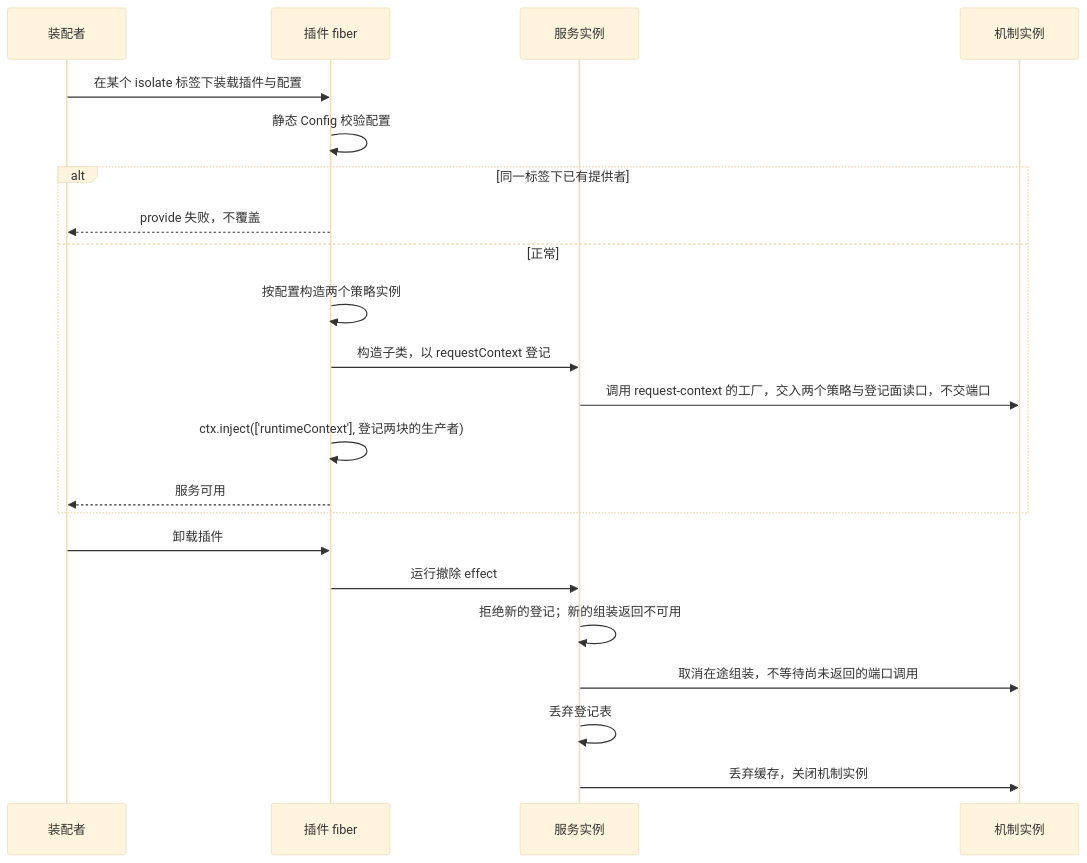
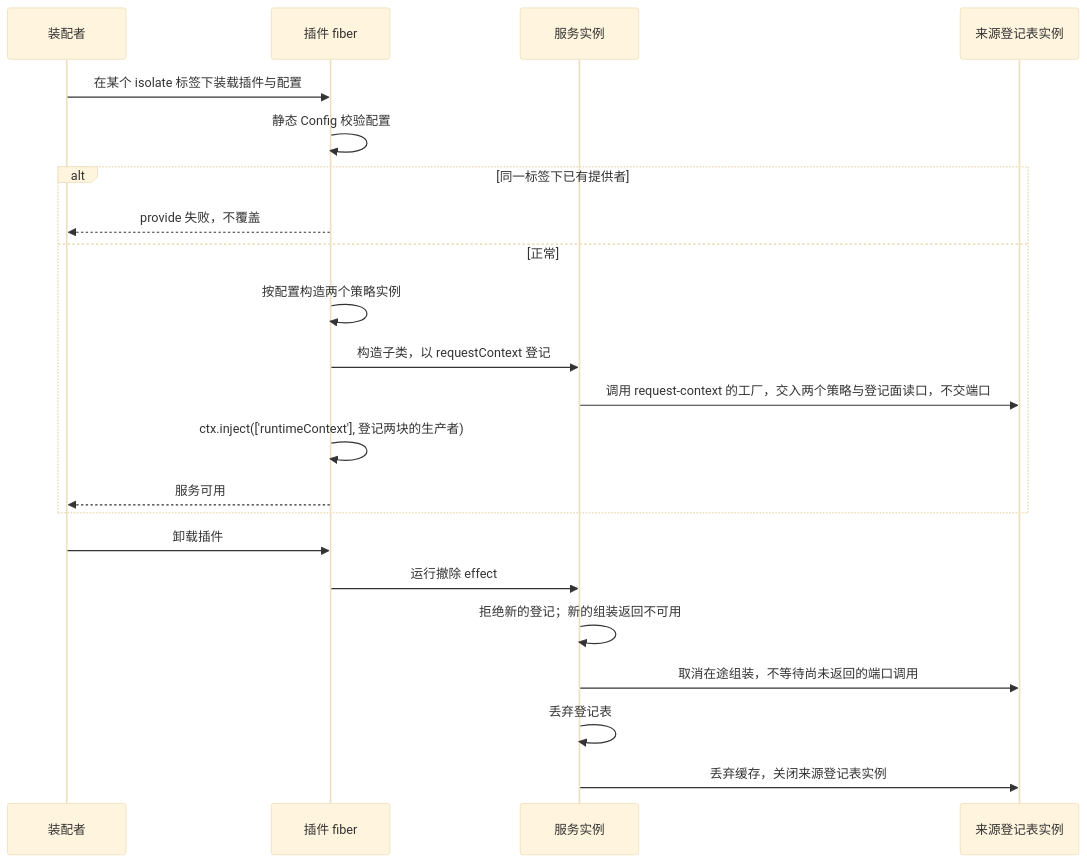
The first of 3 diagrams in packages/context/request-context-cordis/docs/flows.md (nemori-ai/omne-harness-lite), drawn with Mermaid (base theme) before and after one commit. The commit also changed other lines of this file and 8 other files, not shown here.

````diff
--- a/packages/context/request-context-cordis/docs/flows.md
+++ b/packages/context/request-context-cordis/docs/flows.md
@@ -13,24 +13,24 @@
 ```mermaid
 sequenceDiagram
   participant A as 装配者
   participant F as 插件 fiber
   participant S as 服务实例
-  participant M as 机制实例
+  participant M as 来源登记表实例
   A->>F: 在某个 isolate 标签下装载插件与配置
   F->>F: 静态 Config 校验配置
   alt 同一标签下已有提供者
     F-->>A: provide 失败，不覆盖
   else 正常
     F->>F: 按配置构造两个策略实例
     F->>S: 构造子类，以 requestContext 登记
     S->>M: 调用 request-context 的工厂，交入两个策略与登记面读口，不交端口
     F->>F: ctx.inject(['runtimeContext'], 登记两块的生产者)
     F-->>A: 服务可用
   end
   A->>F: 卸载插件
   F->>S: 运行撤除 effect
   S->>S: 拒绝新的登记；新的组装返回不可用
   S->>M: 取消在途组装，不等待尚未返回的端口调用
   S->>S: 丢弃登记表
-  S->>M: 丢弃缓存，关闭机制实例
+  S->>M: 丢弃缓存，关闭来源登记表实例
 ```
````
